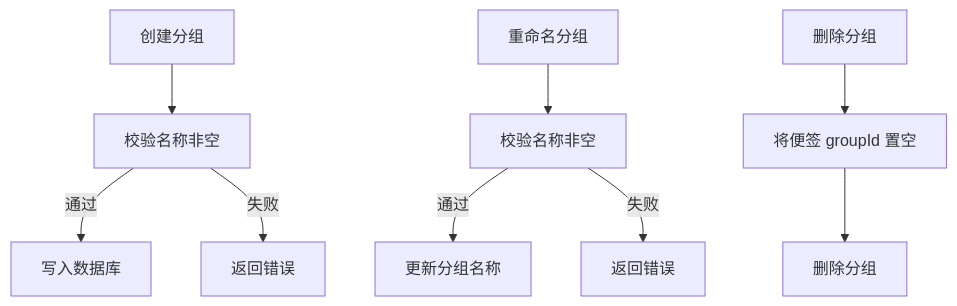
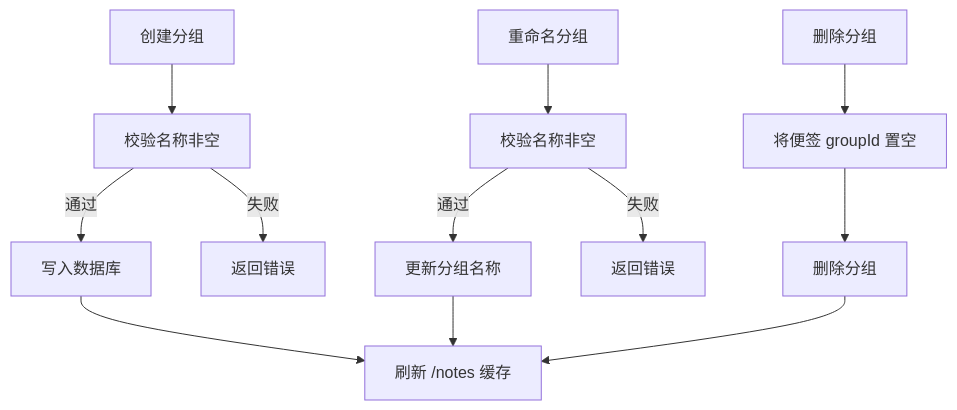
The seventh of 12 diagrams in .qoder/repowiki/zh/content/便签管理系统/便签管理系统.md (qiuziGirl/smart-todo), drawn with Mermaid before and after one commit. The commit also changed other lines of this file and 8 other files, not shown here.

````diff
--- a/.qoder/repowiki/zh/content/便签管理系统/便签管理系统.md
+++ b/.qoder/repowiki/zh/content/便签管理系统/便签管理系统.md
@@ -250,11 +423,14 @@
 ```mermaid
 flowchart TD
 C["创建分组"] --> V1["校验名称非空"]
 V1 --> |通过| Create["写入数据库"]
 V1 --> |失败| Err1["返回错误"]
 R["重命名分组"] --> V2["校验名称非空"]
 V2 --> |通过| Update["更新分组名称"]
 V2 --> |失败| Err2["返回错误"]
 D["删除分组"] --> MoveNotes["将便签 groupId 置空"]
 MoveNotes --> DeleteGroup["删除分组"]
+Create --> Revalidate["刷新 /notes 缓存"]
+Update --> Revalidate
+DeleteGroup --> Revalidate
 ```
````
